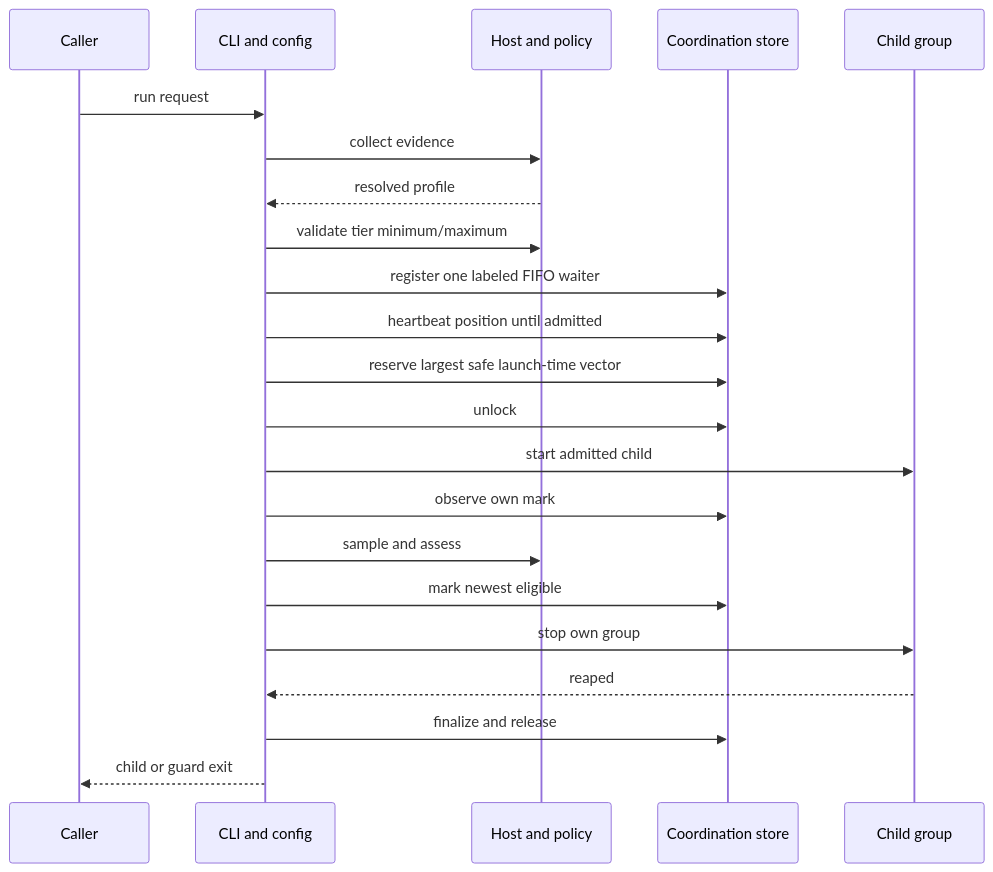
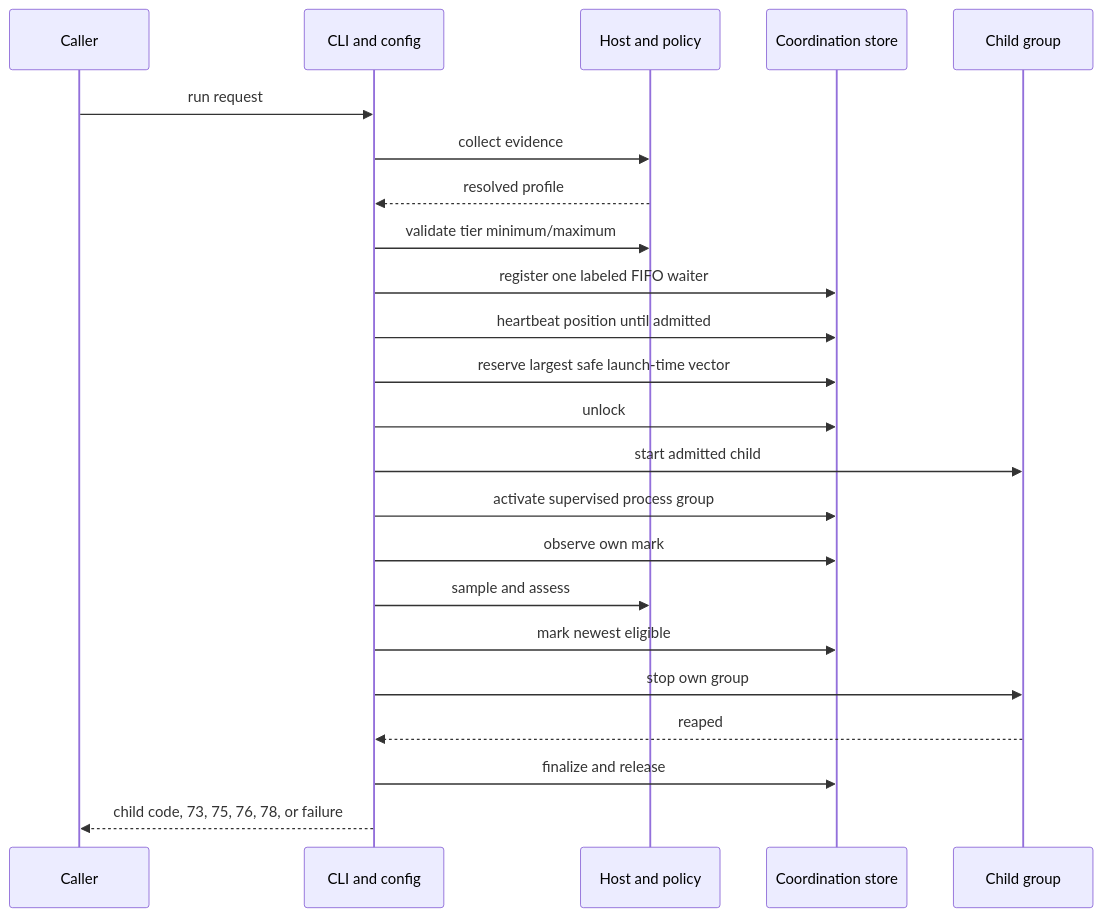
One commit to wahidyankf/hippo changed the fourth of 4 diagrams in specs/architecture.md. Above: the diagram before and after it, drawn with Mermaid. The commit also changed other lines of this file and 50 other files, not shown here.

````diff
--- a/specs/architecture.md
+++ b/specs/architecture.md
@@ -126,25 +126,26 @@
 ```mermaid
 sequenceDiagram
     participant Caller
     participant CLI as CLI and config
     participant Policy as Host and policy
     participant Store as Coordination store
     participant Child as Child group
 
     Caller->>CLI: run request
     CLI->>Policy: collect evidence
     Policy-->>CLI: resolved profile
     CLI->>Policy: validate tier minimum/maximum
     CLI->>Store: register one labeled FIFO waiter
     CLI->>Store: heartbeat position until admitted
     CLI->>Store: reserve largest safe launch-time vector
     CLI->>Store: unlock
     CLI->>Child: start admitted child
+    CLI->>Store: activate supervised process group
     CLI->>Store: observe own mark
     CLI->>Policy: sample and assess
     CLI->>Store: mark newest eligible
     CLI->>Child: stop own group
     Child-->>CLI: reaped
     CLI->>Store: finalize and release
-    CLI-->>Caller: child or guard exit
+    CLI-->>Caller: child code, 73, 75, 76, 78, or failure
 ```
````
